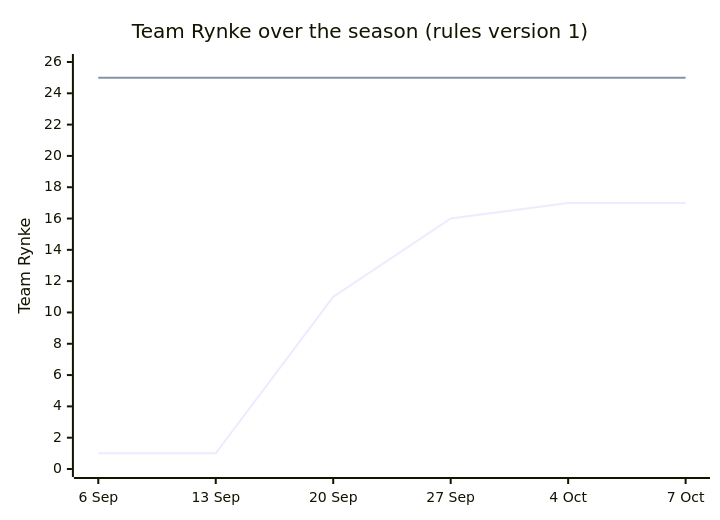
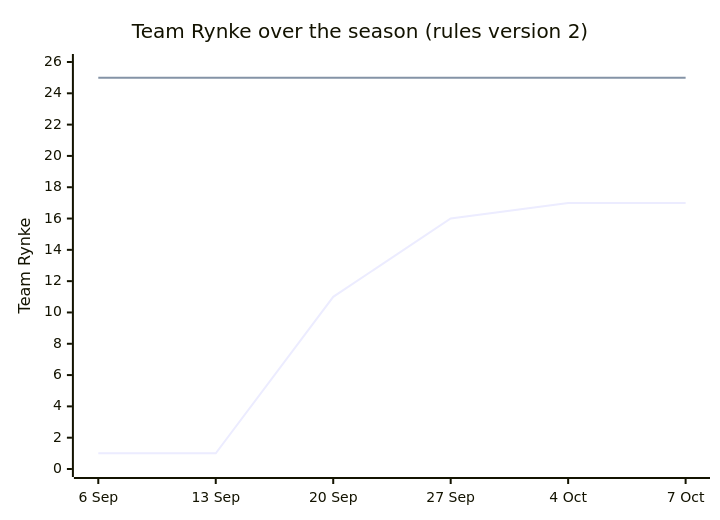
Before and after one commit to SaSteffen/RynkePoints: the ninth of 9 diagrams in specs/009-rider-progress-charts/spec.md, drawn with Mermaid. The commit also changed other lines of this file and 5 other files, not shown here.

First line of the commit message:
docs: apply /speckit-analyze findings to rider progress charts

````diff
--- a/specs/009-rider-progress-charts/spec.md
+++ b/specs/009-rider-progress-charts/spec.md
@@ -730,8 +741,8 @@
 ```mermaid
 xychart-beta
-    title "Team Rynke over the season (rules version 1)"
+    title "Team Rynke over the season (rules version 2)"
     x-axis ["6 Sep", "13 Sep", "20 Sep", "27 Sep", "4 Oct", "7 Oct"]
     y-axis "Team Rynke" 0 --> 26
     line [1, 1, 11, 16, 17, 17]
     line [25, 25, 25, 25, 25, 25]
 ```
````
